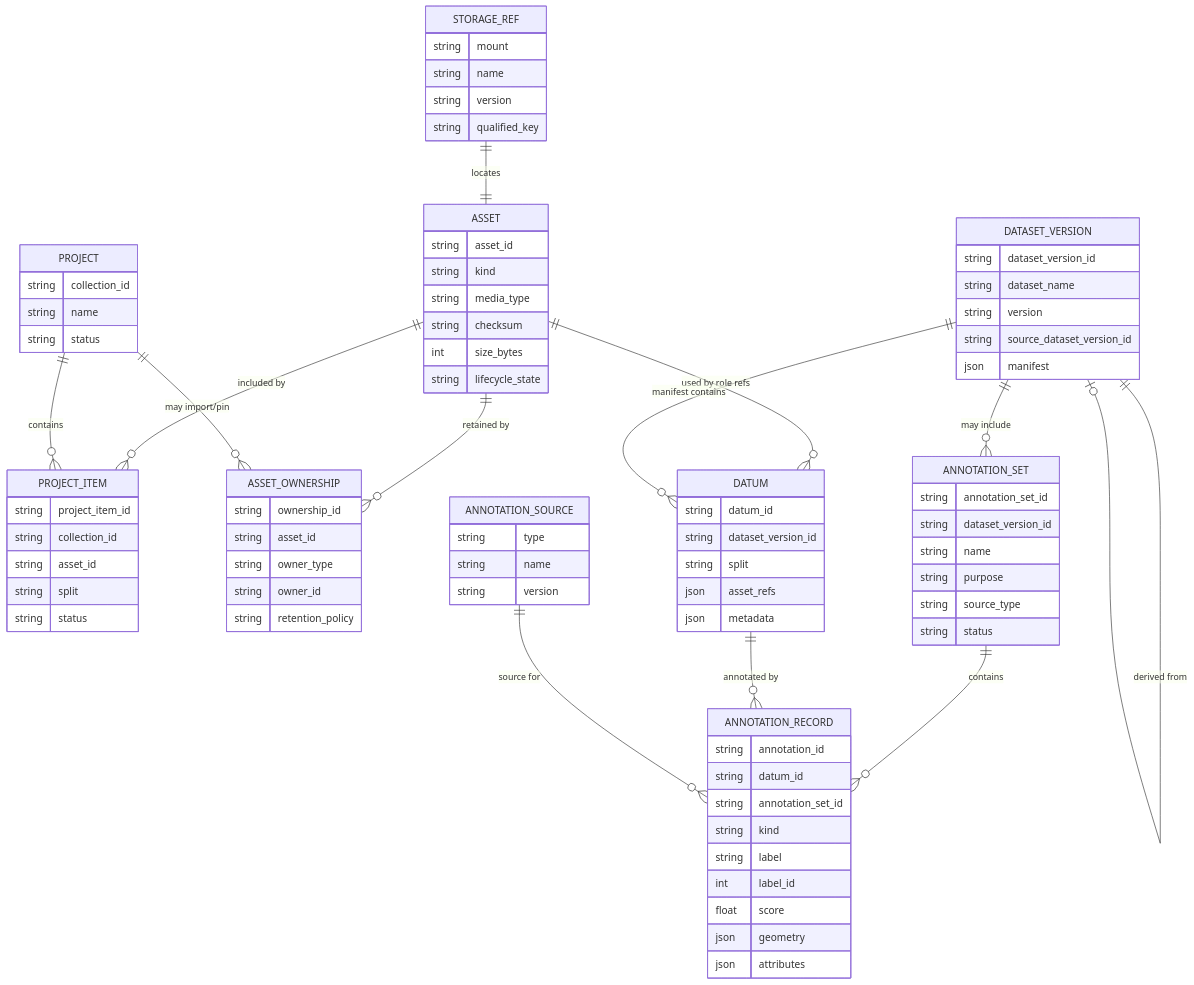
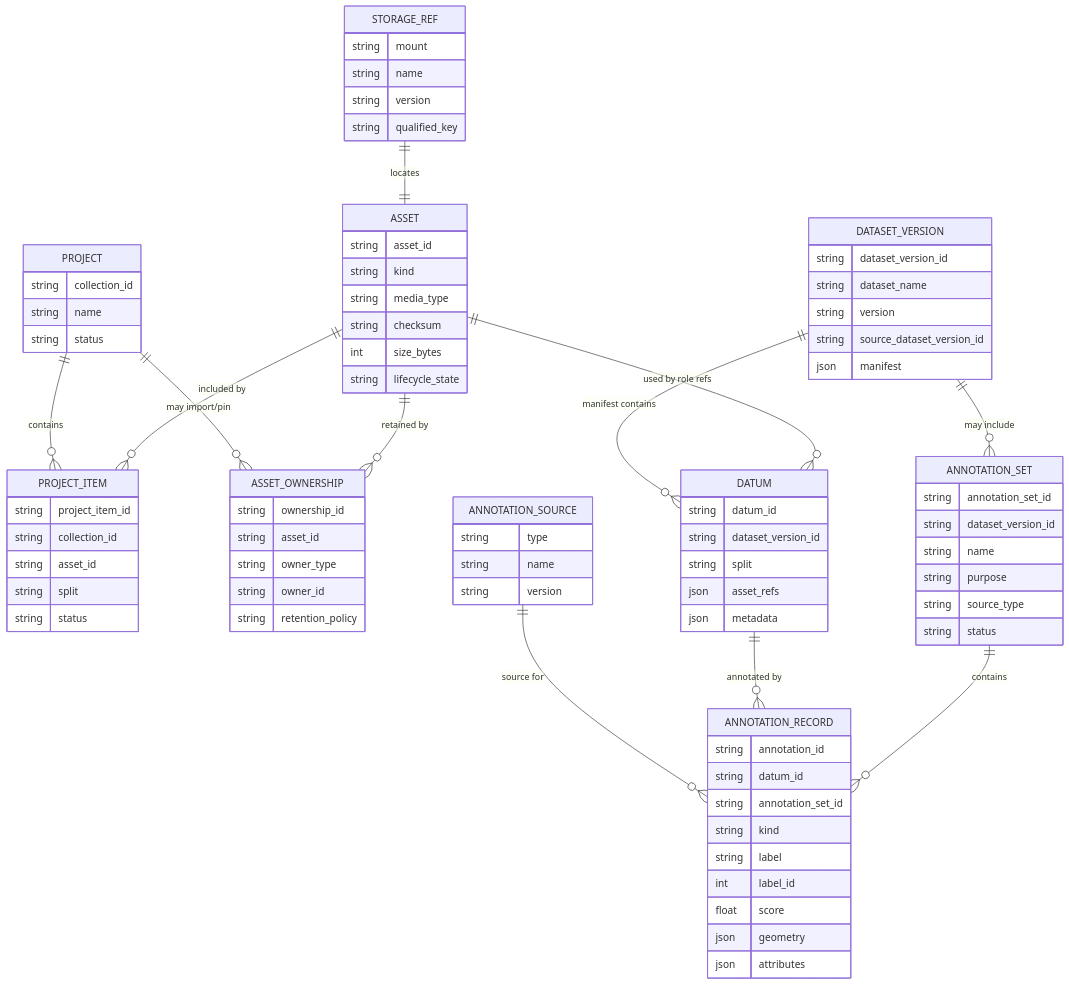
The seventh of 7 diagrams in docs/datalake-v3-proposal.md (Mindtrace/mindtrace), drawn with Mermaid before and after one commit.

Commit message:
docs: remove dataset version self-link from diagram

```diff
--- a/docs/datalake-v3-proposal.md
+++ b/docs/datalake-v3-proposal.md
@@ -740,7 +740,6 @@
     ANNOTATION_SET ||--o{ ANNOTATION_RECORD : "contains"
     DATUM ||--o{ ANNOTATION_RECORD : "annotated by"
     ANNOTATION_SOURCE ||--o{ ANNOTATION_RECORD : "source for"
-    DATASET_VERSION ||--o| DATASET_VERSION : "derived from"
 
     STORAGE_REF {
         string mount
```
